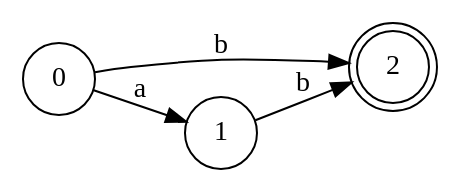
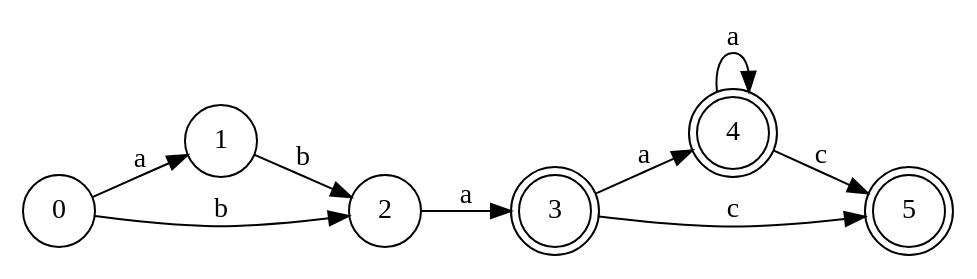
Before and after one commit to paulbelches/scannerAndParserGenerator: the diagram in afd.gv, drawn with Graphviz. The commit also changed 11 other files, not shown here.

```diff
--- a/afd.gv
+++ b/afd.gv
@@ -1,13 +1,27 @@
 digraph finite_state_machine {
 	rankdir=LR size="8,5"
 	node [shape=doublecircle]
-	2
+	3
+
+	4
+
+	5
 
 	node [shape=circle]
 	0 -> 1 [label=a
 ]
 	0 -> 2 [label=b
 ]
 	1 -> 2 [label=b
 ]
+	2 -> 3 [label=a
+]
+	3 -> 4 [label=a
+]
+	3 -> 5 [label=c
+]
+	4 -> 4 [label=a
+]
+	4 -> 5 [label=c
+]
 }
```
